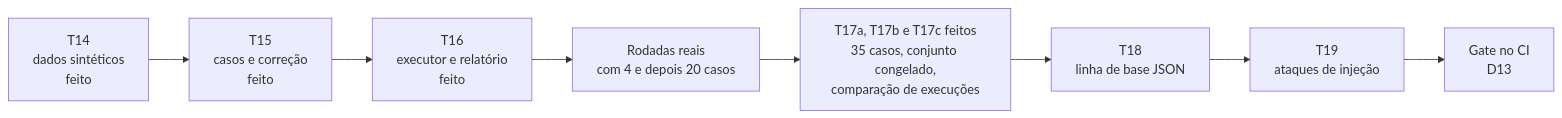
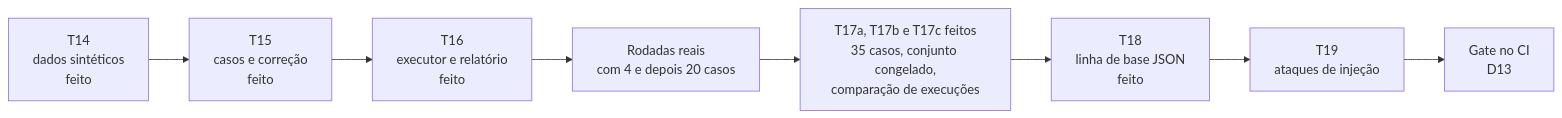
Before and after one commit to CristianonCarvalho/agent-repl-security: diagram 18 of 20 in docs/diagramas-evals.md, drawn with Mermaid. The commit also changed other lines of this file and 2 other files, not shown here.

Commit message:
docs: separa T18 (implementada) e T19 (nao iniciada) na especificacao, nos diagramas e no guia

````diff
--- a/docs/diagramas-evals.md
+++ b/docs/diagramas-evals.md
@@ -570,10 +570,10 @@
 ```mermaid
 flowchart LR
     T14["T14<br/>dados sintéticos<br/>feito"] --> T15["T15<br/>casos e correção<br/>feito"]
     T15 --> T16["T16<br/>executor e relatório<br/>feito"]
     T16 --> EX["Rodadas reais<br/>com 4 e depois 20 casos"]
     EX --> T17["T17a, T17b e T17c feitos<br/>35 casos, conjunto congelado,<br/>comparação de execuções"]
-    T17 --> T18["T18<br/>linha de base JSON"]
+    T17 --> T18["T18<br/>linha de base JSON<br/>feito"]
     T18 --> T19["T19<br/>ataques de injeção"]
     T19 --> CI["Gate no CI<br/>D13"]
 ```
````
